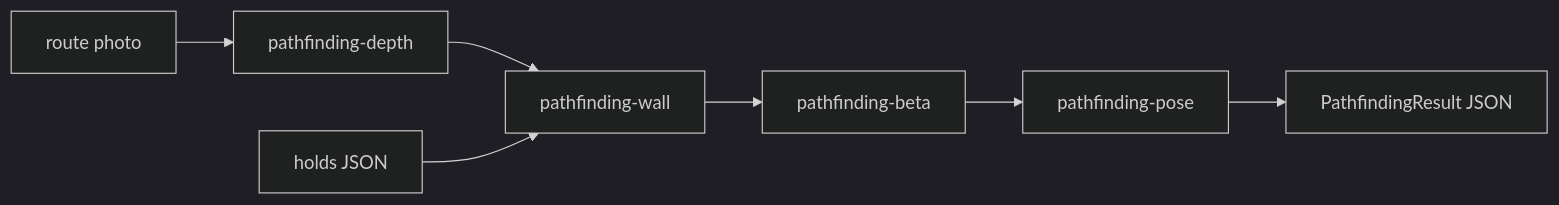
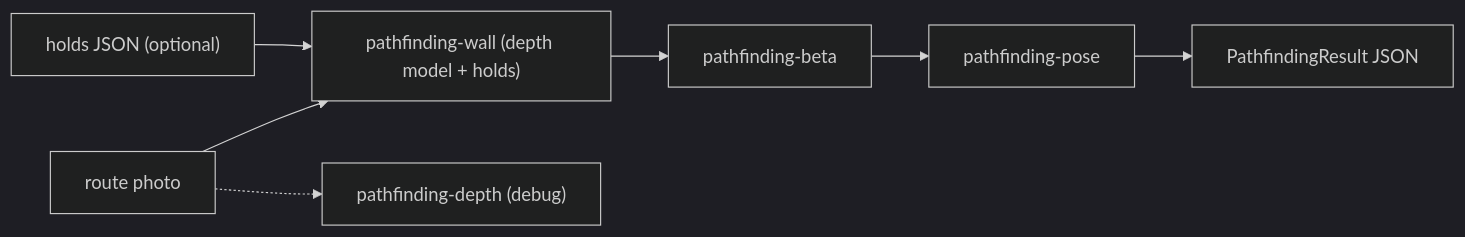
Before and after one commit to Ascension-EIP/Ascension: the diagram in docs/Ascension/developer/apps/ai/pipeline-2d-decomposition/Worker modules/Pathfinding.md, drawn with Mermaid (dark theme). The commit also changed other lines of this file, not shown here.

Commit message:
docs: update "Pathfinding"

````diff
--- a/docs/Ascension/developer/apps/ai/pipeline-2d-decomposition/Worker modules/Pathfinding.md
+++ b/docs/Ascension/developer/apps/ai/pipeline-2d-decomposition/Worker modules/Pathfinding.md
@@ -21,6 +21,7 @@
 ```mermaid
 flowchart LR
-    P["route photo"] --> D["pathfinding-depth"] --> W["pathfinding-wall"]
-    H["holds JSON"] --> W
+    P["route photo"] --> W["pathfinding-wall (depth model + holds)"]
+    H["holds JSON (optional)"] --> W
     W --> B["pathfinding-beta"] --> Po["pathfinding-pose"] --> R["PathfindingResult JSON"]
+    P -.-> D["pathfinding-depth (debug)"]
 ```
````
